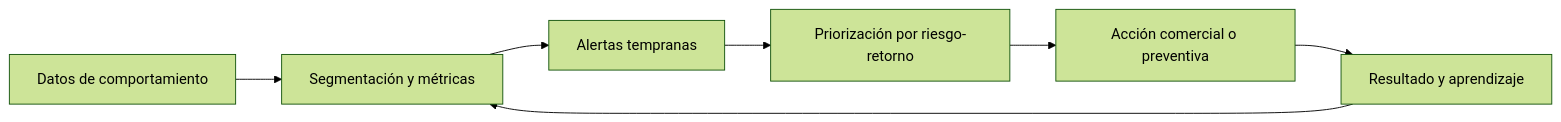
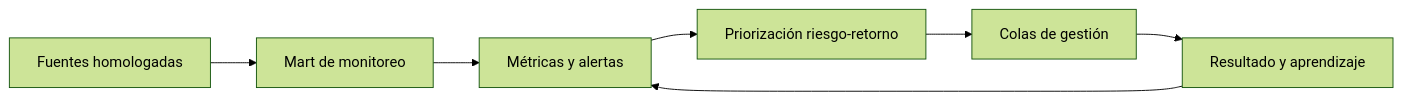
Before and after one commit to hquezadah/radar-persona-360: the diagram in README.md, drawn with Mermaid (forest theme). The commit also changed other lines of this file and 24 other files, not shown here.

````diff
--- a/README.md
+++ b/README.md
@@ -31,9 +32,9 @@
 ```mermaid
 flowchart LR
-    A[Datos de comportamiento] --> B[Segmentación y métricas]
-    B --> C[Alertas tempranas]
-    C --> D[Priorización por riesgo-retorno]
-    D --> E[Acción comercial o preventiva]
-    E --> F[Resultado y aprendizaje]
-    F --> B
+    A["Fuentes homologadas"] --> B["Mart de monitoreo"]
+    B --> C["Métricas y alertas"]
+    C --> D["Priorización riesgo-retorno"]
+    D --> E["Colas de gestión"]
+    E --> F["Resultado y aprendizaje"]
+    F --> C
 ```
````
